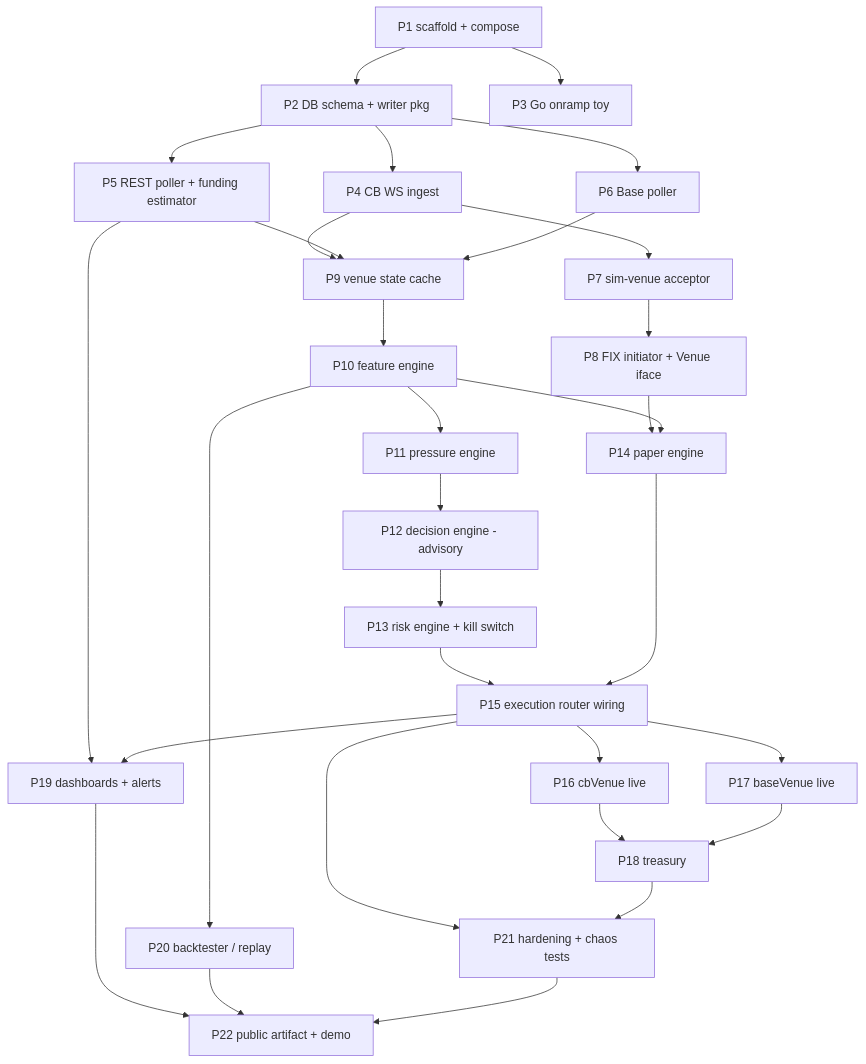
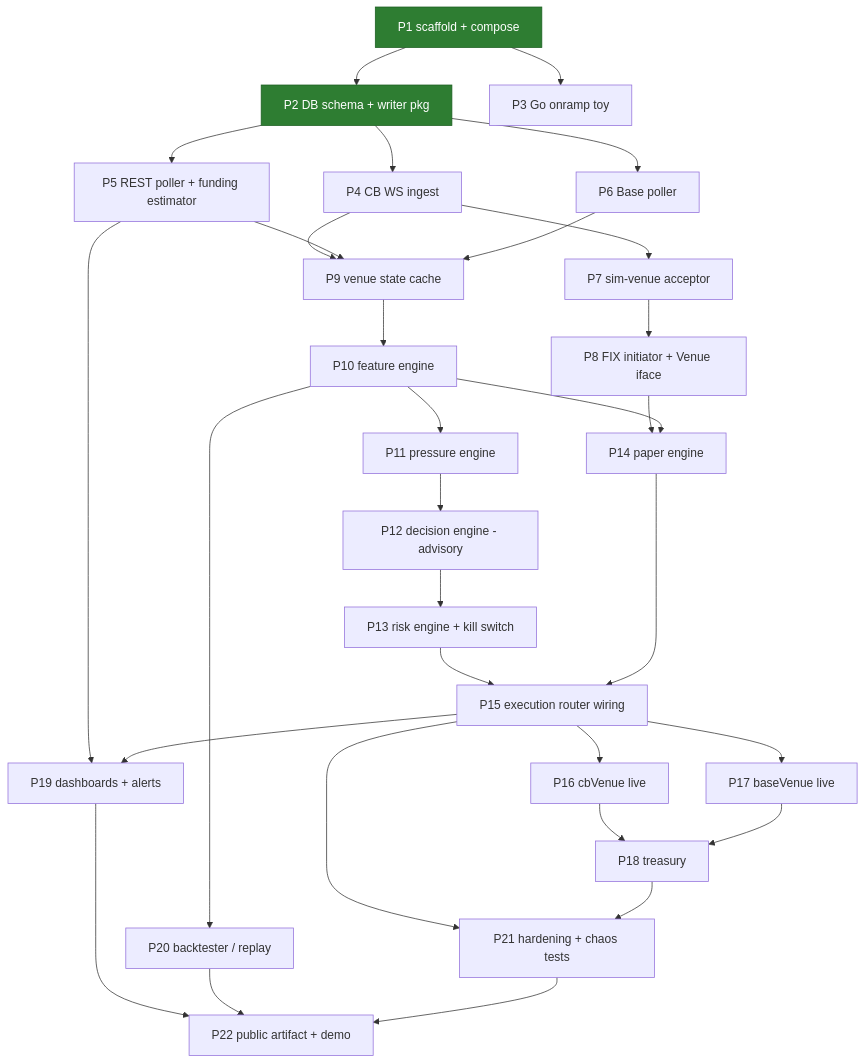
The diagram in docs/build-plan.md (Jason-Dorman/funding-carry), drawn with Mermaid before and after one commit. The commit also changed other lines of this file and 37 other files, not shown here.

Commit message:
creating db schema

````diff
--- a/docs/build-plan.md
+++ b/docs/build-plan.md
@@ -19,33 +19,36 @@
 ```mermaid
 graph TD
     P1[P1 scaffold + compose] --> P2[P2 DB schema + writer pkg]
     P1 --> P3[P3 Go onramp toy]
     P2 --> P4[P4 CB WS ingest]
     P2 --> P5[P5 REST poller + funding estimator]
     P2 --> P6[P6 Base poller]
     P4 --> P7[P7 sim-venue acceptor]
     P7 --> P8[P8 FIX initiator + Venue iface]
     P4 --> P9[P9 venue state cache]
     P5 --> P9
     P6 --> P9
     P9 --> P10[P10 feature engine]
     P10 --> P11[P11 pressure engine]
     P11 --> P12[P12 decision engine - advisory]
     P12 --> P13[P13 risk engine + kill switch]
     P8 --> P14[P14 paper engine]
     P10 --> P14
     P13 --> P15[P15 execution router wiring]
     P14 --> P15
     P15 --> P16[P16 cbVenue live]
     P15 --> P17[P17 baseVenue live]
     P16 --> P18[P18 treasury]
     P17 --> P18
     P5 --> P19[P19 dashboards + alerts]
     P15 --> P19
     P10 --> P20[P20 backtester / replay]
     P15 --> P21[P21 hardening + chaos tests]
     P18 --> P21
     P19 --> P22[P22 public artifact + demo]
     P20 --> P22
     P21 --> P22
+
+    classDef done fill:#2e7d32,stroke:#1b5e20,color:#ffffff
+    class P1,P2 done
 ```
````
